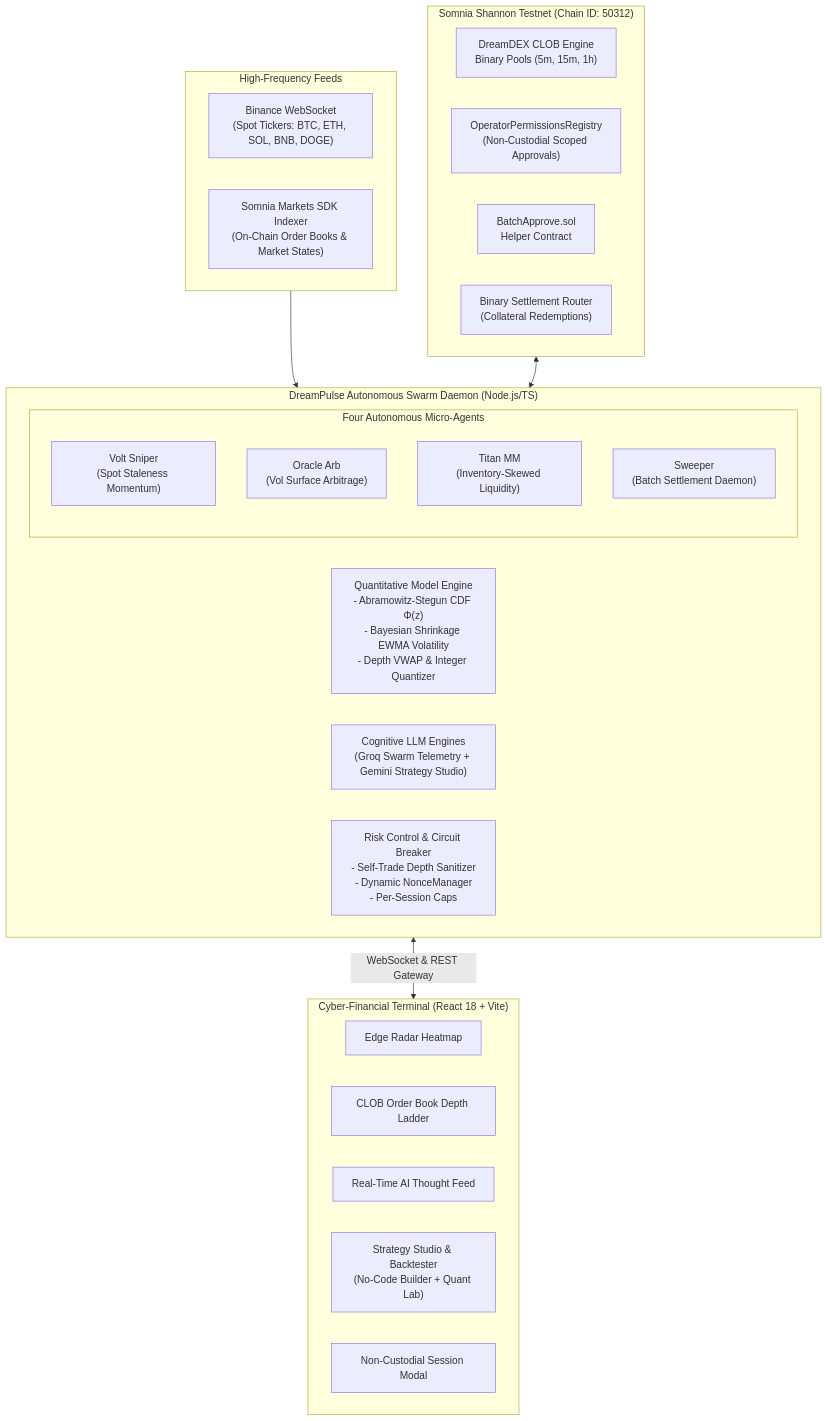
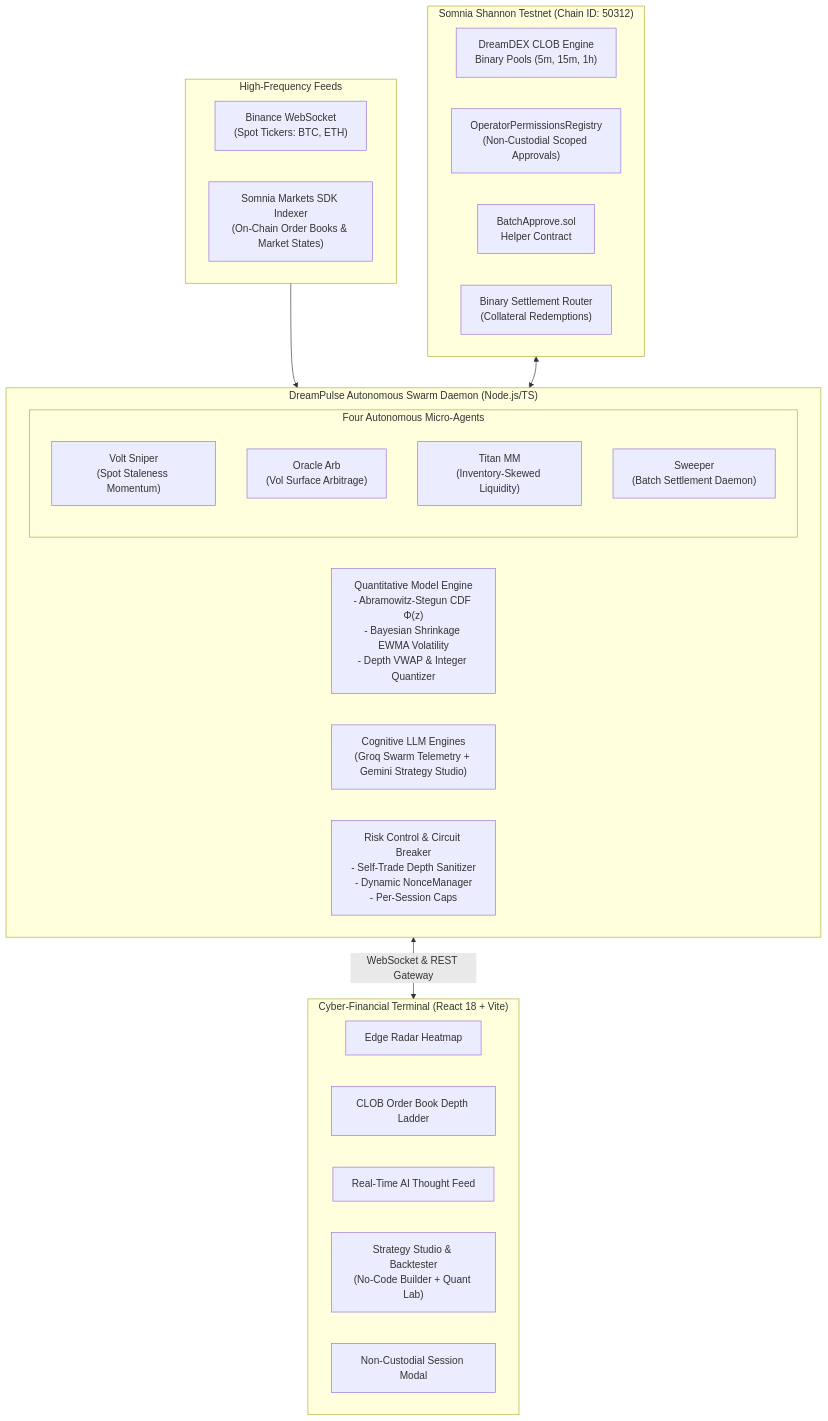
The first of 5 diagrams in README.md (zaikaman/DreamPulse), drawn with Mermaid before and after one commit. The commit also changed other lines of this file and 27 other files, not shown here.

First line of the commit message:
refactor: Remove support for SOL, BNB, and DOGE markets across the application

````diff
--- a/README.md
+++ b/README.md
@@ -81,40 +81,40 @@
 ```mermaid
 flowchart TB
     subgraph SomniaShannonL1 ["Somnia Shannon Testnet (Chain ID: 50312)"]
         CLOB["DreamDEX CLOB Engine\nBinary Pools (5m, 15m, 1h)"]
         OPR["OperatorPermissionsRegistry\n(Non-Custodial Scoped Approvals)"]
         BATCH["BatchApprove.sol\nHelper Contract"]
         SETTLE["Binary Settlement Router\n(Collateral Redemptions)"]
     end
 
     subgraph DataFeeds ["High-Frequency Feeds"]
-        BINANCE["Binance WebSocket\n(Spot Tickers: BTC, ETH, SOL, BNB, DOGE)"]
+        BINANCE["Binance WebSocket\n(Spot Tickers: BTC, ETH)"]
         GRAPHQL["Somnia Markets SDK Indexer\n(On-Chain Order Books & Market States)"]
     end
 
     subgraph SwarmEngine ["DreamPulse Autonomous Swarm Daemon (Node.js/TS)"]
         QUANT["Quantitative Model Engine\n- Abramowitz-Stegun CDF Φ(z)\n- Bayesian Shrinkage EWMA Volatility\n- Depth VWAP & Integer Quantizer"]
         
         subgraph Agents ["Four Autonomous Micro-Agents"]
             VOLT["Volt Sniper\n(Spot Staleness Momentum)"]
             ORACLE["Oracle Arb\n(Vol Surface Arbitrage)"]
             TITAN["Titan MM\n(Inventory-Skewed Liquidity)"]
             SWEEPER["Sweeper\n(Batch Settlement Daemon)"]
         end
 
         LLM["Cognitive LLM Engines\n(Groq Swarm Telemetry + Gemini Strategy Studio)"]
         RISK["Risk Control & Circuit Breaker\n- Self-Trade Depth Sanitizer\n- Dynamic NonceManager\n- Per-Session Caps"]
     end
 
     subgraph UserInterface ["Cyber-Financial Terminal (React 18 + Vite)"]
         RADAR["Edge Radar Heatmap"]
         LADDER["CLOB Order Book Depth Ladder"]
         FEED["Real-Time AI Thought Feed"]
         STUDIO["Strategy Studio & Backtester\n(No-Code Builder + Quant Lab)"]
         MODAL["Non-Custodial Session Modal"]
     end
 
     DataFeeds --> SwarmEngine
     SomniaShannonL1 <--> SwarmEngine
     SwarmEngine <-->|WebSocket & REST Gateway| UserInterface
 ```
````
